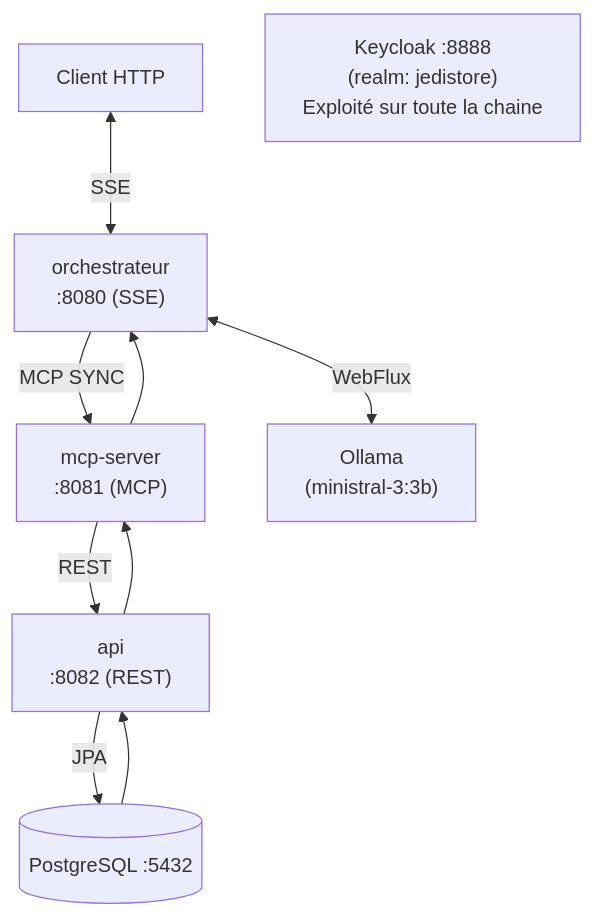
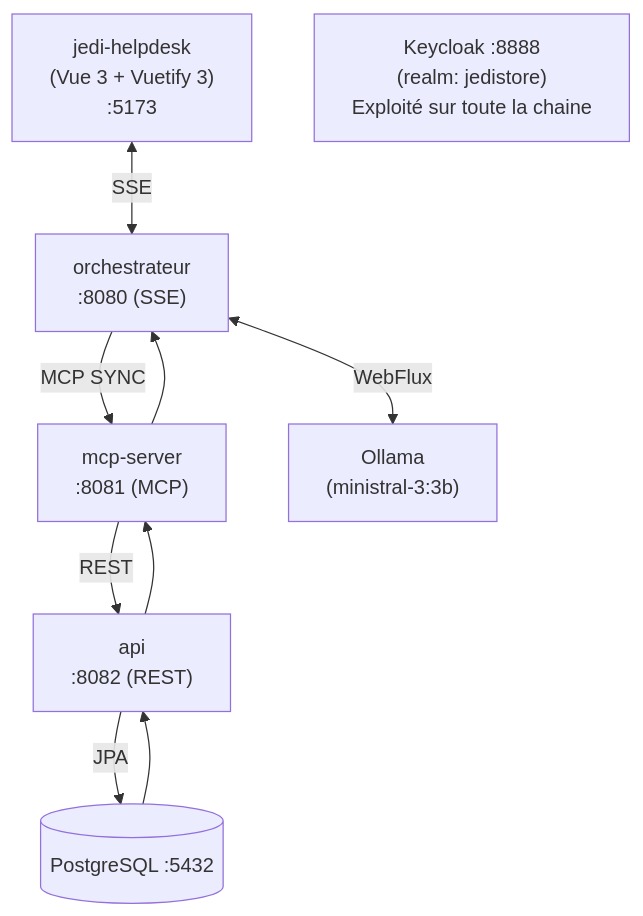
The first of 2 diagrams in README.md (YohannCaby/jedi-store), drawn with Mermaid before and after one commit. The commit also changed other lines of this file and 5 other files, not shown here.

````diff
--- a/README.md
+++ b/README.md
@@ -20,18 +21,18 @@
 ```mermaid
 graph TD
-    Client[Client HTTP]
+    Client["jedi-helpdesk\n(Vue 3 + Vuetify 3)\n:5173"]
     API["api\n:8082 (REST)"]
     Orchestrateur["orchestrateur\n:8080 (SSE)"]
     MCP["mcp-server\n:8081 (MCP)"]
     Ollama["Ollama\n(ministral-3:3b)"]
     Keycloak["Keycloak :8888\n(realm: jedistore)\n Exploité sur toute la chaine"]
     PostgreSQL[(PostgreSQL :5432)]
 
     Client <-->|SSE| Orchestrateur
 
     Orchestrateur -->|MCP SYNC| MCP --> Orchestrateur
     Orchestrateur <--> |WebFlux| Ollama
     MCP -->|REST| API --> MCP
     API -->|JPA| PostgreSQL --> API
 
 ```
````
